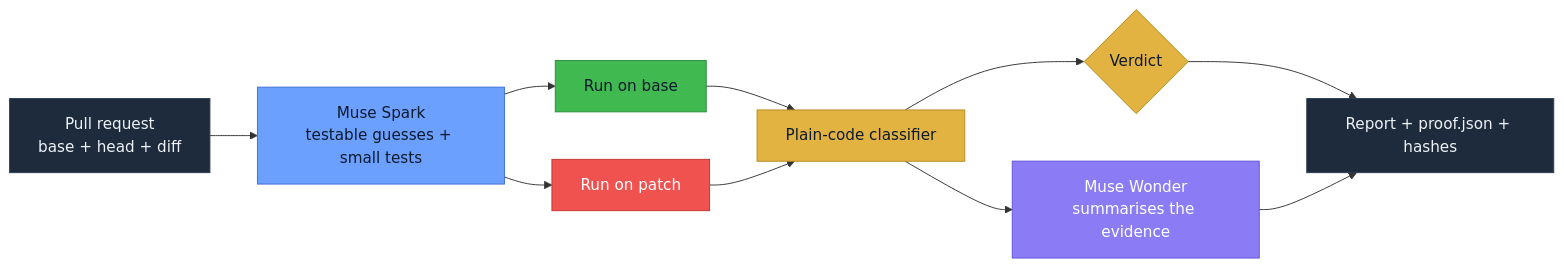
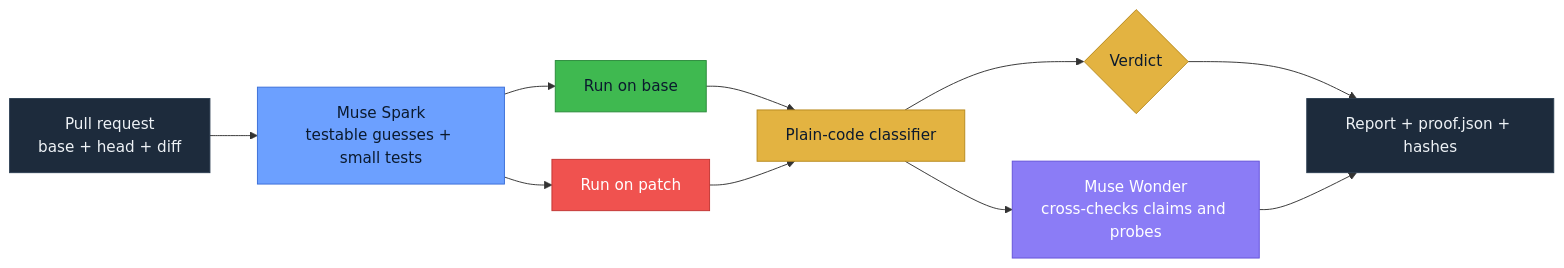
The diagram in README.md (imthi16/proofmerge), drawn with Mermaid before and after one commit. The commit also changed other lines of this file, not shown here.

````diff
--- a/README.md
+++ b/README.md
@@ -106,25 +105,25 @@
 ```mermaid
 flowchart LR
     A["Pull request<br/>base + head + diff"] --> B["Muse Spark<br/>testable guesses + small tests"]
     B --> C["Run on base"]
     B --> D["Run on patch"]
     C --> E["Plain-code classifier"]
     D --> E
     E --> V{"Verdict"}
-    E --> W["Muse Wonder<br/>summarises the evidence"]
+    E --> W["Muse Wonder<br/>cross-checks claims and probes"]
     V --> R["Report + proof.json + hashes"]
     W --> R
 
     classDef meta fill:#6CA0FF,stroke:#3B6FD8,color:#0B1A2E
     classDef wonder fill:#8B7CF6,stroke:#6352D9,color:#ffffff
     classDef base fill:#3FB950,stroke:#2A8A3B,color:#0B1A2E
     classDef patch fill:#F0524F,stroke:#C23532,color:#ffffff
     classDef code fill:#E3B341,stroke:#B88A1E,color:#0B1A2E
     classDef plain fill:#1D2B3C,stroke:#2C3E52,color:#EEF2F6
     class B meta
     class W wonder
     class C base
     class D patch
     class E,V code
     class A,R plain
 ```
````
